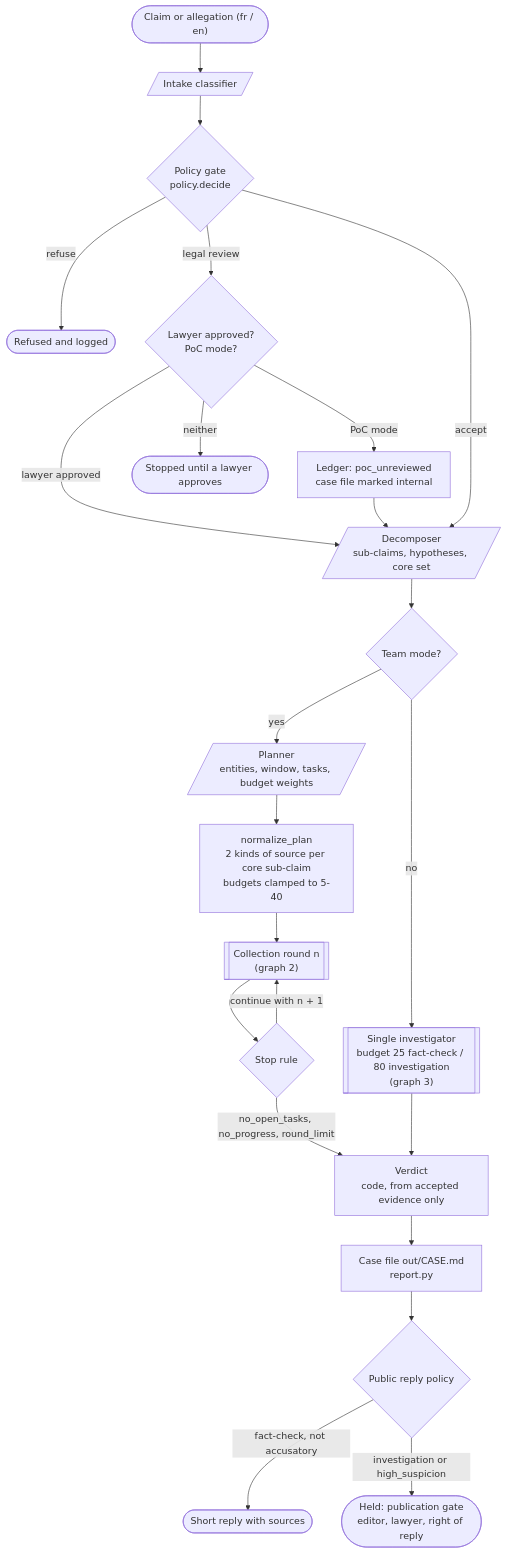
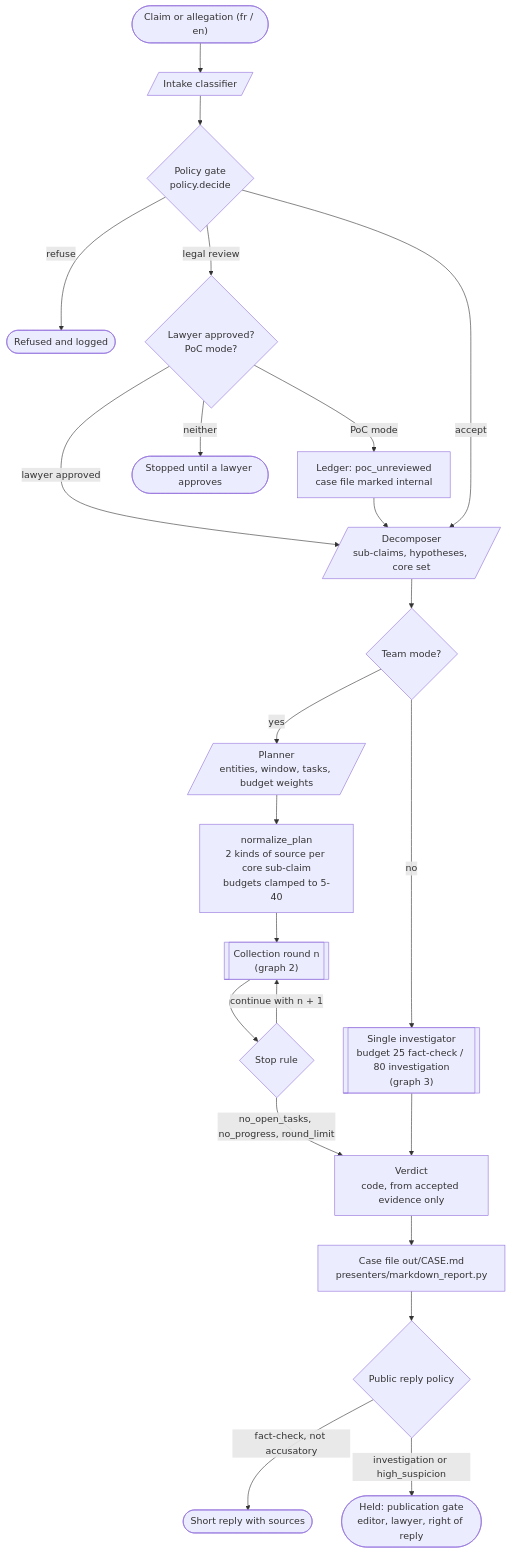
The first of 5 diagrams in docs/agent.md (diya-thabet/Caligula), drawn with Mermaid before and after one commit. The commit also changed other lines of this file and 2 other files, not shown here.

````diff
--- a/docs/agent.md
+++ b/docs/agent.md
@@ -36,25 +36,25 @@
 ```mermaid
 flowchart TD
     REQ(["Claim or allegation (fr / en)"]) --> CLS[/"Intake classifier"/]
     CLS --> GATE{"Policy gate<br/>policy.decide"}
     GATE -- refuse --> REF(["Refused and logged"])
     GATE -- "legal review" --> LR{"Lawyer approved?<br/>PoC mode?"}
     LR -- "lawyer approved" --> DEC
     LR -- "PoC mode" --> POC["Ledger: poc_unreviewed<br/>case file marked internal"]
     POC --> DEC
     LR -- neither --> HALT(["Stopped until a lawyer approves"])
     GATE -- accept --> DEC[/"Decomposer<br/>sub-claims, hypotheses, core set"/]
     DEC --> MODE{"Team mode?"}
     MODE -- no --> SINGLE[["Single investigator<br/>budget 25 fact-check / 80 investigation<br/>(graph 3)"]]
     MODE -- yes --> PLAN[/"Planner<br/>entities, window, tasks, budget weights"/]
     PLAN --> NORM["normalize_plan<br/>2 kinds of source per core sub-claim<br/>budgets clamped to 5-40"]
     NORM --> ROUND[["Collection round n<br/>(graph 2)"]]
     ROUND --> STOP{"Stop rule"}
     STOP -- "continue with n + 1" --> ROUND
     STOP -- "no_open_tasks, no_progress, round_limit" --> VER
     SINGLE --> VER["Verdict<br/>code, from accepted evidence only"]
-    VER --> REP["Case file out/CASE.md<br/>report.py"]
+    VER --> REP["Case file out/CASE.md<br/>presenters/markdown_report.py"]
     REP --> REPLY{"Public reply policy"}
     REPLY -- "fact-check, not accusatory" --> PUB(["Short reply with sources"])
     REPLY -- "investigation or high_suspicion" --> HOLD(["Held: publication gate<br/>editor, lawyer, right of reply"])
 ```
````
